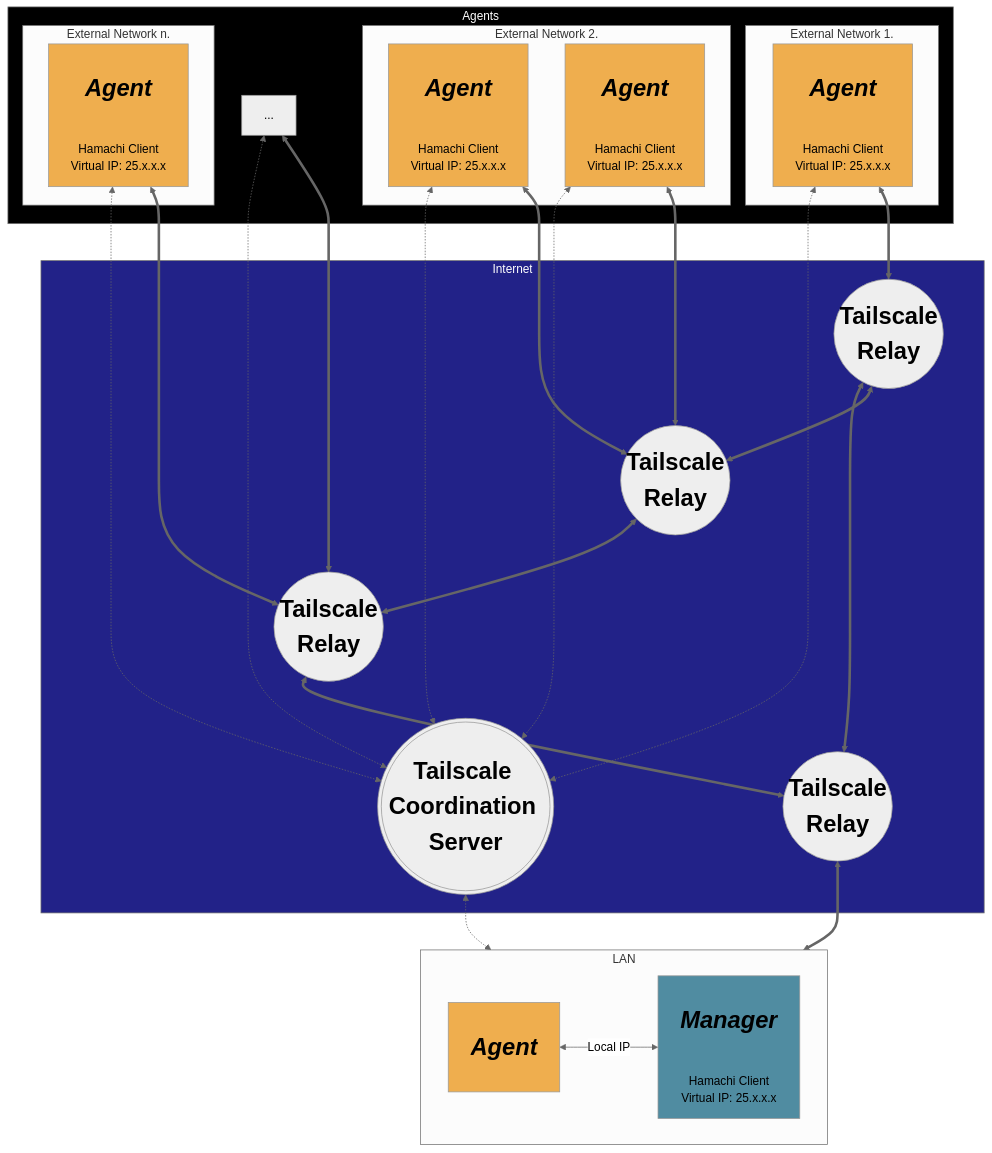
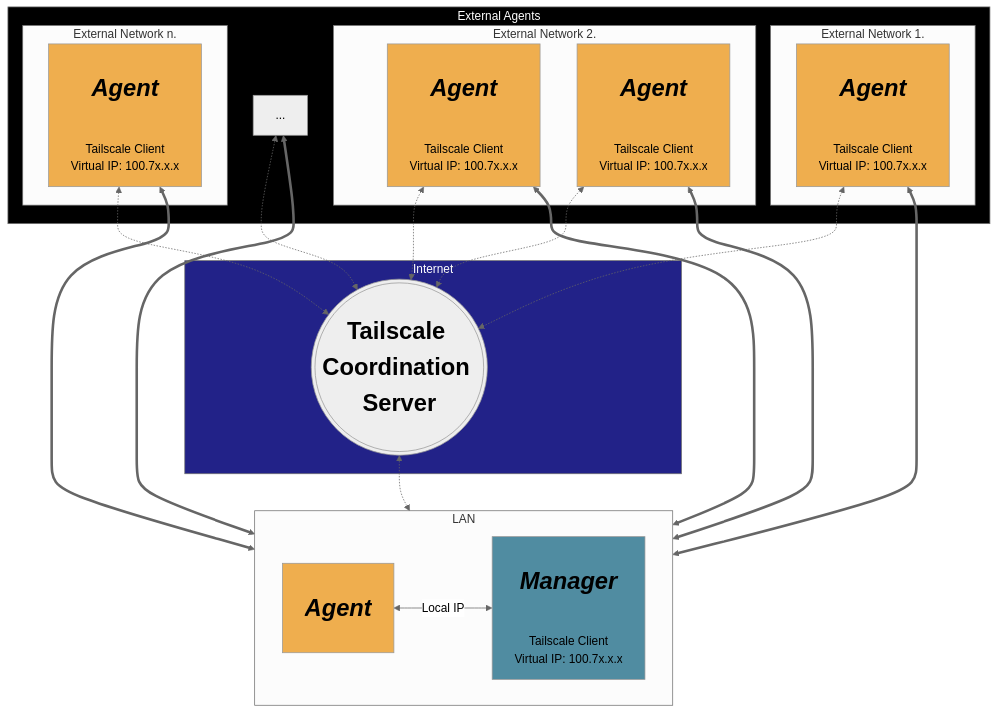
The fifth of 5 diagrams in Doc/optional_external_network_connections.md (damies13/rfswarm), drawn with Mermaid (neutral theme) before and after one commit. The commit also changed other lines of this file, not shown here.

Commit message:
Finish updating documentation for Tailscale

````diff
--- a/Doc/optional_external_network_connections.md
+++ b/Doc/optional_external_network_connections.md
@@ -476,29 +485,38 @@
 ```mermaid
 flowchart TD
-    subgraph Agents
-        subgraph External Network 1.
-            A1[<h1><i><b>Agent</b></i></h1><br/>Hamachi Client<br/>Virtual IP: 25.x.x.x]
-        end
+    subgraph EA[External Agents]
 
-        subgraph External Network 2.
-            A2[<h1><i><b>Agent</b></i></h1><br/>Hamachi Client<br/>Virtual IP: 25.x.x.x]
-            A3[<h1><i><b>Agent</b></i></h1><br/>Hamachi Client<br/>Virtual IP: 25.x.x.x]
-        end
+        E1
+        E2
+        ...
+        En
 
-        ...[...]
-
-        subgraph External Network n.
-            An[<h1><i><b>Agent</b></i></h1><br/>Hamachi Client<br/>Virtual IP: 25.x.x.x]
-        end
     end
 
+    subgraph E1[External Network 1.]
+        A1[<h1><i><b>Agent</b></i></h1><br/>Tailscale Client<br/>Virtual IP: 100.7x.x.x]
+    end
+
+    subgraph E2[External Network 2.]
+        A2[<h1><i><b>Agent</b></i></h1><br/>Tailscale Client<br/>Virtual IP: 100.7x.x.x]
+        A3[<h1><i><b>Agent</b></i></h1><br/>Tailscale Client<br/>Virtual IP: 100.7x.x.x]
+    end
+
+    ...[...]
+
+    subgraph En[External Network n.]
+        An[<h1><i><b>Agent</b></i></h1><br/>Tailscale Client<br/>Virtual IP: 100.7x.x.x]
+    end
+
+
     subgraph Internet
+
+        %% TR1@{ shape: circ, label: "<h1>Tailscale <br>Relay</h1>"}
+        %% TR2@{ shape: circ, label: "<h1>Tailscale <br>Relay</h1>"}
+        %% TR3@{ shape: circ, label: "<h1>Tailscale <br>Relay</h1>"}
         TCS@{ shape: dbl-circ, label: "<h1>Tailscale <br>Coordination Server</h1>"}
-        TR1@{ shape: circ, label: "<h1>Tailscale <br>Relay</h1>"}
-        TR2@{ shape: circ, label: "<h1>Tailscale <br>Relay</h1>"}
-        TR3@{ shape: circ, label: "<h1>Tailscale <br>Relay</h1>"}
         %% TR4@{ shape: circ, label: "<h1>Tailscale <br>Relay</h1>"}
-        TR5@{ shape: circ, label: "<h1>Tailscale <br>Relay</h1>"}
+        %% TR5@{ shape: circ, label: "<h1>Tailscale <br>Relay</h1>"}
     end
 
     A1 <-.-> TCS
@@ -519,29 +537,31 @@
     %% TR3 <--> TR5
     %% TR4 <--> TR5
 
-    A1 <==> TR1
-    A2 <==> TR2
-    A3 <==> TR2
-    ... <==> TR3
-    An <==> TR3
+    A1 <==> M
+    A2 <==> M
+    A3 <==> M
+    ... <==> M
+    An <==> M
 
-    TR1 <==> TR5
-    TR1 <==> TR2
-    TR2 <==> TR3
-    TR3 <==> TR5
-    %% TR4 <==> M
-    %% TR4 <==> TR5
-    TR5 <==> M
+    %% TR1 <====> TR5
+    %% TR1 <==> TR2
+    %% TR2 <==> TR3
+    %% TR3 <=====> TR5
+    %% %% TR4 <==> M
+    %% %% TR4 <==> TR5
+    %% TR5 <==> M
 
-    TR1 ~~~ TCS
-    TR2 ~~~ TCS
-    TR3 ~~~ TCS
+    %% TR1 ~~~ TCS
+    %% TR2 ~~~ TCS
+    %% TR3 ~~~ TCS
+    %% %% TR4 ~~~ TCS
+    %% TR5 ~~~ TCS
 
 
 
     subgraph LAN
         direction RL
-        M[<h1><i><b>Manager</b></i></h1><br/>Hamachi Client<br/>Virtual IP: 25.x.x.x]
+        M[<h1><i><b>Manager</b></i></h1><br/>Tailscale Client<br/>Virtual IP: 100.7x.x.x]
         AL[<h1><i><b>Agent</b></i></h1>]
 
     end
@@ -558,5 +578,6 @@
     style AL fill:#efae4e,color:#000
     style M fill:#508ca1,color:#000
     style Internet fill:#228,color:#fff
-    style Agents fill:#000,color:#fff
+    style EA fill:#000,color:#fff
+
 ```
````
